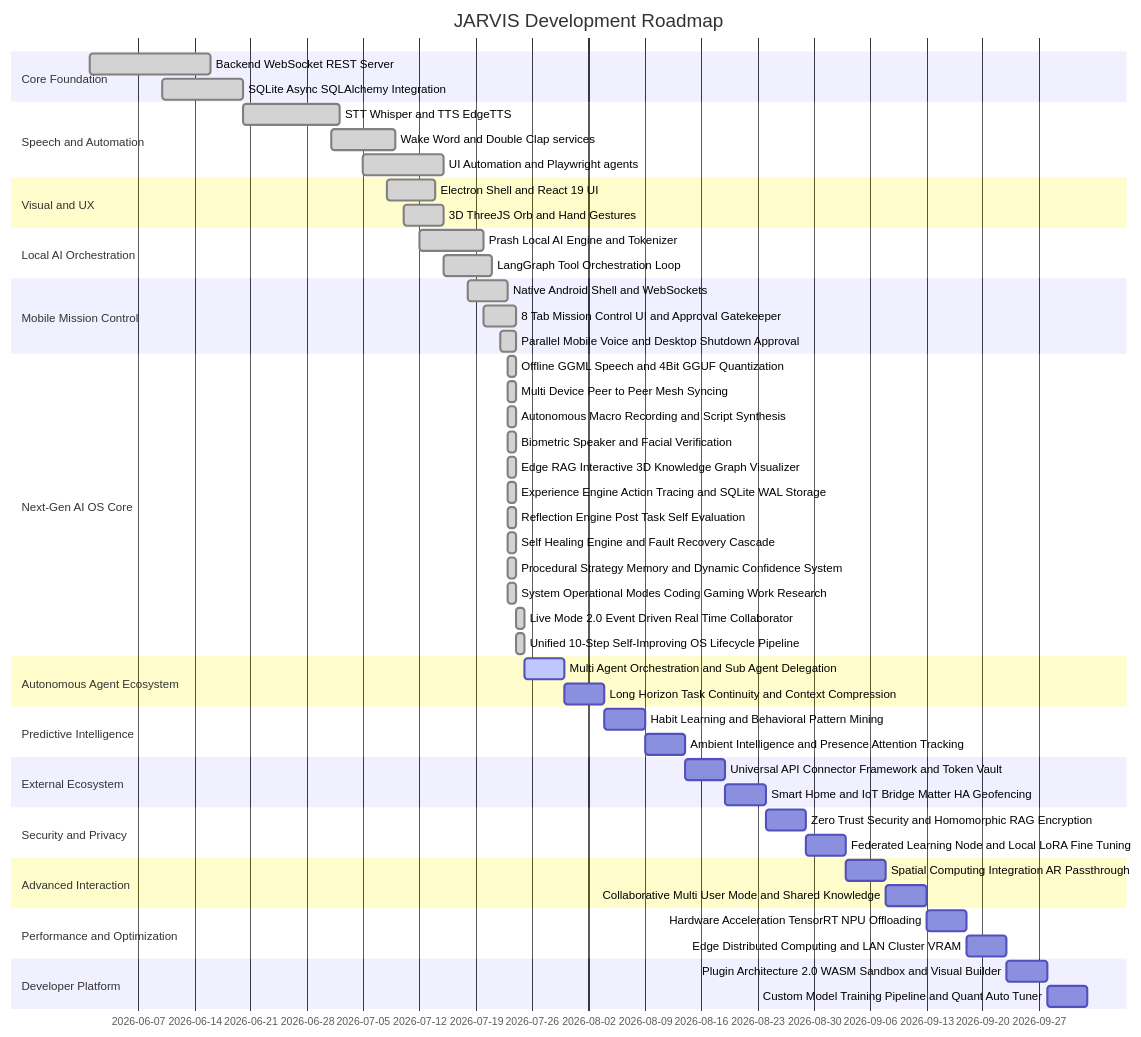
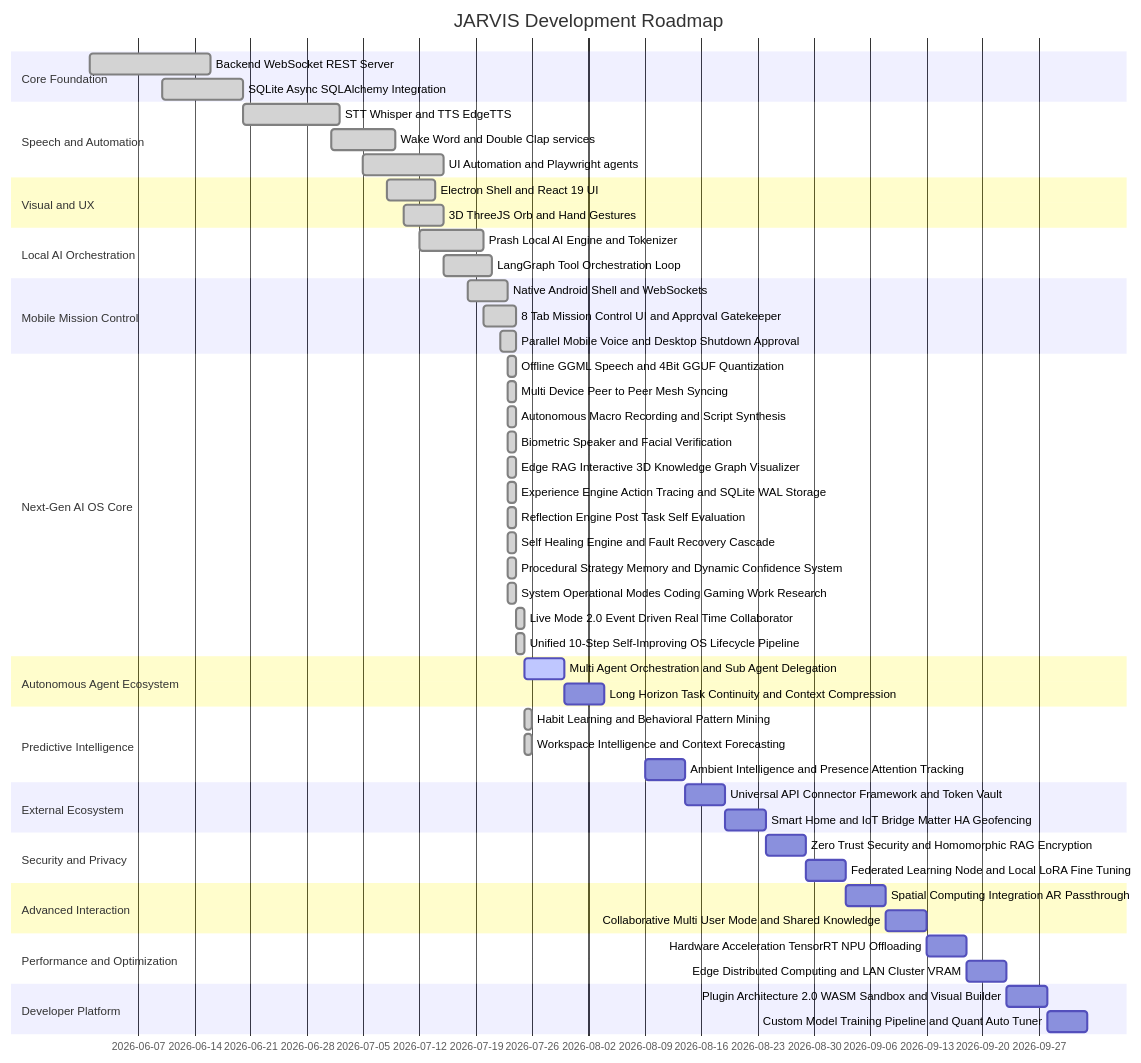
Before and after one commit to Ashrit-Raghupatruni/JARVIS: the diagram in documentations/Tracker.md, drawn with Mermaid. The commit also changed 10 other files, not shown here.

Commit message:
feat: complete full system upgrade, CHANGELOG, ARCHITECTURE, and local verification

````diff
--- a/documentations/Tracker.md
+++ b/documentations/Tracker.md
@@ -9,56 +9,57 @@
 ```mermaid
 gantt
     title JARVIS Development Roadmap
     dateFormat YYYY-MM-DD
     section Core Foundation
     Backend WebSocket REST Server :done, t1_1, 2026-06-01, 15d
     SQLite Async SQLAlchemy Integration :done, t1_2, 2026-06-10, 10d
     section Speech and Automation
     STT Whisper and TTS EdgeTTS :done, t2_1, 2026-06-20, 12d
     Wake Word and Double Clap services :done, t2_2, 2026-07-01, 8d
     UI Automation and Playwright agents :done, t2_3, 2026-07-05, 10d
     section Visual and UX
     Electron Shell and React 19 UI :done, t3_1, 2026-07-08, 6d
     3D ThreeJS Orb and Hand Gestures :done, t3_2, 2026-07-10, 5d
     section Local AI Orchestration
     Prash Local AI Engine and Tokenizer :done, t4_1, 2026-07-12, 8d
     LangGraph Tool Orchestration Loop :done, t4_2, 2026-07-15, 6d
     section Mobile Mission Control
     Native Android Shell and WebSockets :done, t5_1, 2026-07-18, 5d
     8 Tab Mission Control UI and Approval Gatekeeper :done, t5_2, 2026-07-20, 4d
     Parallel Mobile Voice and Desktop Shutdown Approval :done, t5_3, 2026-07-22, 2d
     section Next-Gen AI OS Core
     Offline GGML Speech and 4Bit GGUF Quantization :done, t6_1, 2026-07-23, 1d
     Multi Device Peer to Peer Mesh Syncing :done, t6_2, 2026-07-23, 1d
     Autonomous Macro Recording and Script Synthesis :done, t6_3, 2026-07-23, 1d
     Biometric Speaker and Facial Verification :done, t6_4, 2026-07-23, 1d
     Edge RAG Interactive 3D Knowledge Graph Visualizer :done, t6_5, 2026-07-23, 1d
     Experience Engine Action Tracing and SQLite WAL Storage :done, t6_6, 2026-07-23, 1d
     Reflection Engine Post Task Self Evaluation :done, t6_7, 2026-07-23, 1d
     Self Healing Engine and Fault Recovery Cascade :done, t6_8, 2026-07-23, 1d
     Procedural Strategy Memory and Dynamic Confidence System :done, t6_9, 2026-07-23, 1d
     System Operational Modes Coding Gaming Work Research :done, t6_10, 2026-07-23, 1d
     Live Mode 2.0 Event Driven Real Time Collaborator :done, t6_11, 2026-07-24, 1d
     Unified 10-Step Self-Improving OS Lifecycle Pipeline :done, t6_12, 2026-07-24, 1d
     section Autonomous Agent Ecosystem
     Multi Agent Orchestration and Sub Agent Delegation :active, t7_1, 2026-07-25, 5d
     Long Horizon Task Continuity and Context Compression :t7_2, 2026-07-30, 5d
     section Predictive Intelligence
-    Habit Learning and Behavioral Pattern Mining :t8_1, 2026-08-04, 5d
-    Ambient Intelligence and Presence Attention Tracking :t8_2, 2026-08-09, 5d
+    Habit Learning and Behavioral Pattern Mining :done, t8_1, 2026-07-25, 1d
+    Workspace Intelligence and Context Forecasting :done, t8_2, 2026-07-25, 1d
+    Ambient Intelligence and Presence Attention Tracking :t8_3, 2026-08-09, 5d
     section External Ecosystem
     Universal API Connector Framework and Token Vault :t9_1, 2026-08-14, 5d
     Smart Home and IoT Bridge Matter HA Geofencing :t9_2, 2026-08-19, 5d
     section Security and Privacy
     Zero Trust Security and Homomorphic RAG Encryption :t10_1, 2026-08-24, 5d
     Federated Learning Node and Local LoRA Fine Tuning :t10_2, 2026-08-29, 5d
     section Advanced Interaction
     Spatial Computing Integration AR Passthrough :t11_1, 2026-09-03, 5d
     Collaborative Multi User Mode and Shared Knowledge :t11_2, 2026-09-08, 5d
     section Performance and Optimization
     Hardware Acceleration TensorRT NPU Offloading :t12_1, 2026-09-13, 5d
     Edge Distributed Computing and LAN Cluster VRAM :t12_2, 2026-09-18, 5d
     section Developer Platform
     Plugin Architecture 2.0 WASM Sandbox and Visual Builder :t13_1, 2026-09-23, 5d
     Custom Model Training Pipeline and Quant Auto Tuner :t13_2, 2026-09-28, 5d
 ```
````
